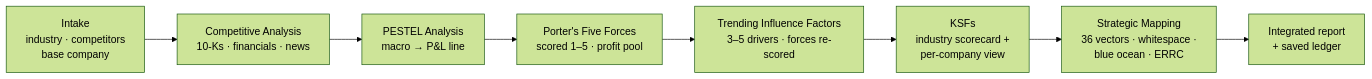
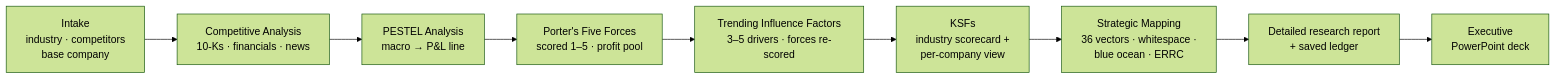
One commit to Brads777/Strat-IQ-Strategy-Toolkit changed the diagram in README.md. Above: the diagram before and after it, drawn with Mermaid (forest theme). The commit also changed other lines of this file and 6 other files, not shown here.

First line of the commit message:
v1.2.0: executive PowerPoint deck + Deep Research-style report

````diff
--- a/README.md
+++ b/README.md
@@ -20,10 +20,10 @@
 ```mermaid
 flowchart LR
     A[Intake<br/>industry · competitors<br/>base company] --> B[Competitive Analysis<br/>10-Ks · financials · news]
     B --> C[PESTEL Analysis<br/>macro → P&L line]
     C --> D[Porter's Five Forces<br/>scored 1–5 · profit pool]
     D --> E[Trending Influence Factors<br/>3–5 drivers · forces re-scored]
     E --> F[KSFs<br/>industry scorecard +<br/>per-company view]
     F --> G[Strategic Mapping<br/>36 vectors · whitespace ·<br/>blue ocean · ERRC]
-    G --> H[Integrated report<br/>+ saved ledger]
+    G --> H[Detailed research report<br/>+ saved ledger] --> I[Executive<br/>PowerPoint deck]
 ```
````
